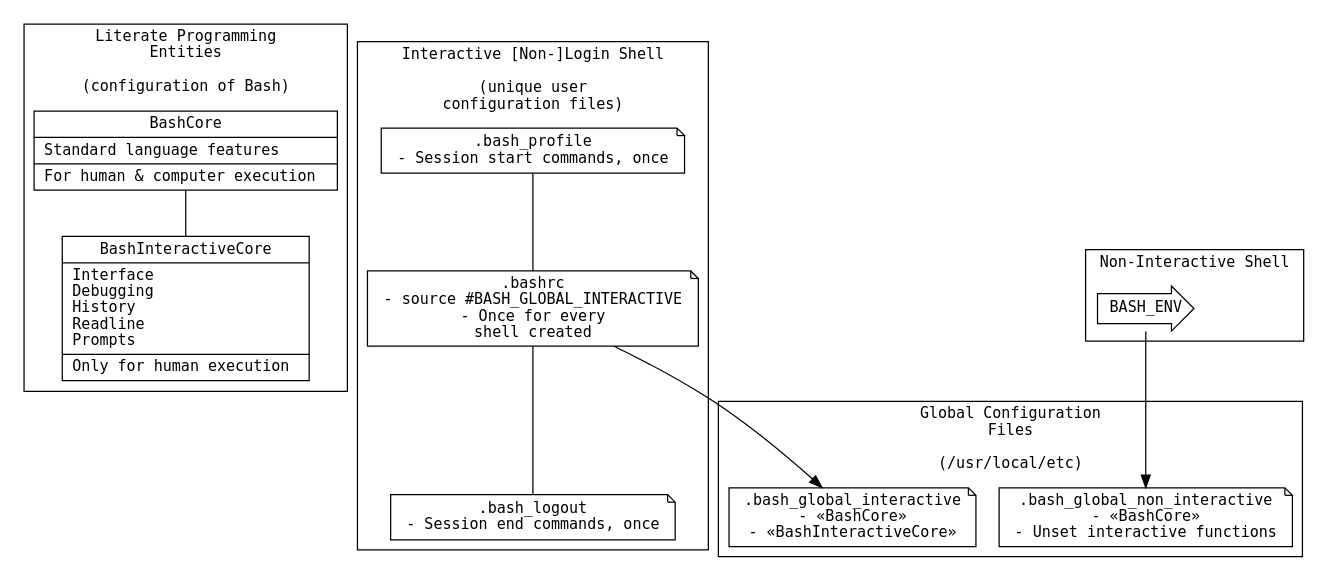
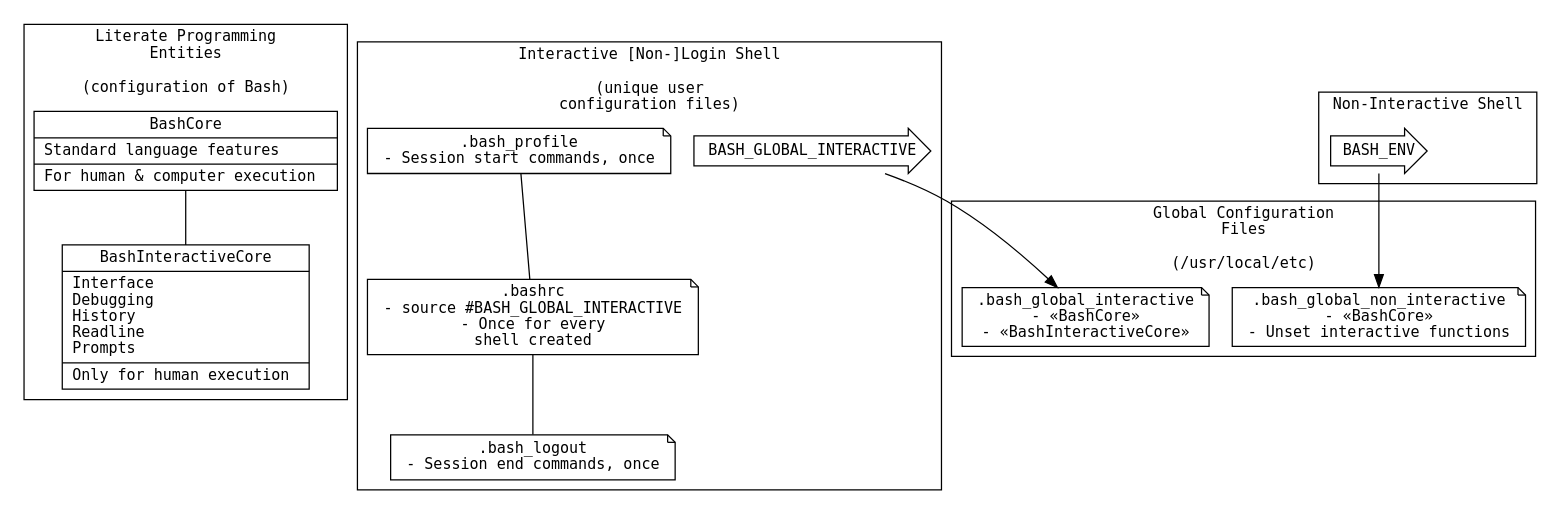
The diagram in bash.org (grettke/bash), drawn with Graphviz before and after one commit.

Commit message:
Easier to see

```diff
--- a/bash.org
+++ b/bash.org
@@ -2430,33 +2430,34 @@
 #+BEGIN_SRC dot :file "./image/version04.png" :wrap "RESULTS"
 digraph version5 {
   fontname = "DejaVu Sans Mono"
   fontsize = 12
   node [shape = "record" fontname = "DejaVu Sans Mono" fontsize = 12]
   subgraph cluster_0 {
     label = "Literate Programming\nEntities\n\n(configuration of Bash)";
     BashCore[label = "{BashCore|Standard language features\l|For human & computer execution\l}"]
     BashInteractiveCore[label = "{BashInteractiveCore|Interface\lDebugging\lHistory\lReadline\lPrompts\l|Only for human execution\l}"]
   }
   subgraph cluster_1 {
     label = "Global Configuration\nFiles\n\n(/usr/local/etc)";
     BashGlobalNonInteractive[shape = "note" label = ".bash_global_non_interactive\n- «BashCore»\n- Unset interactive functions"]
     BashGlobalInteractive[shape = "note" label = ".bash_global_interactive\n- «BashCore»\n- «BashInteractiveCore»"]
   }
   subgraph cluster_2 {
     label = "Interactive [Non-]Login Shell\n\n(unique user\nconfiguration files)";
     BashProfile[shape = "note" label = ".bash_profile\n- Session start commands, once"]
     BashRc[shape = "note" label = ".bashrc\n- source #BASH_GLOBAL_INTERACTIVE\n- Once for every\nshell created"]
     BashLogout[shape = "note" label = ".bash_logout\n- Session end commands, once"]
+    BashGlobalInteractiveProp [shape = "rarrow" label = "BASH_GLOBAL_INTERACTIVE"]
   }
   subgraph cluster_3 {
     label = "Non-Interactive Shell";
     BashEnv [shape = "rarrow" label = "BASH_ENV"]
   }
 
   BashCore -> BashInteractiveCore [arrowhead=none];
   BashProfile -> BashRc [arrowhead=none]
   BashRc -> BashLogout [arrowhead=none];
   BashEnv -> BashGlobalNonInteractive;
-  BashRc -> BashGlobalInteractive;
+  BashGlobalInteractiveProp -> BashGlobalInteractive;
 }
 #+END_SRC
```
